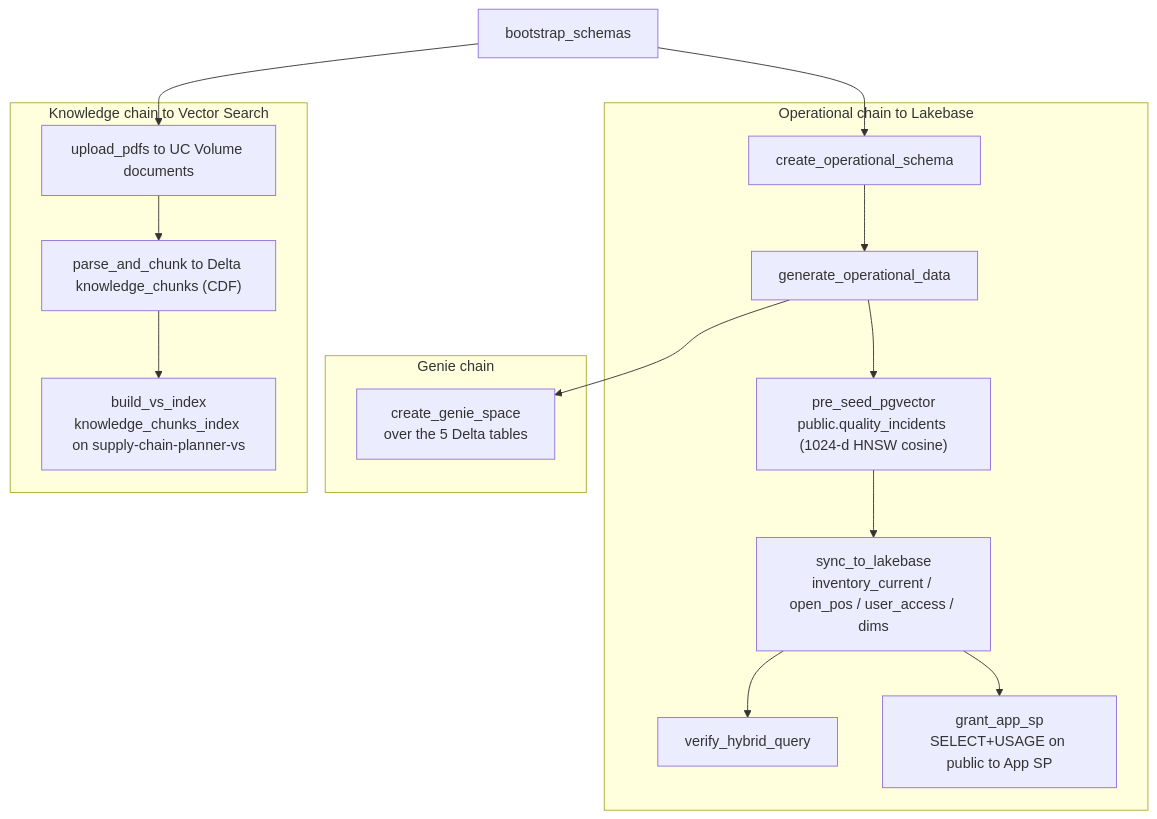
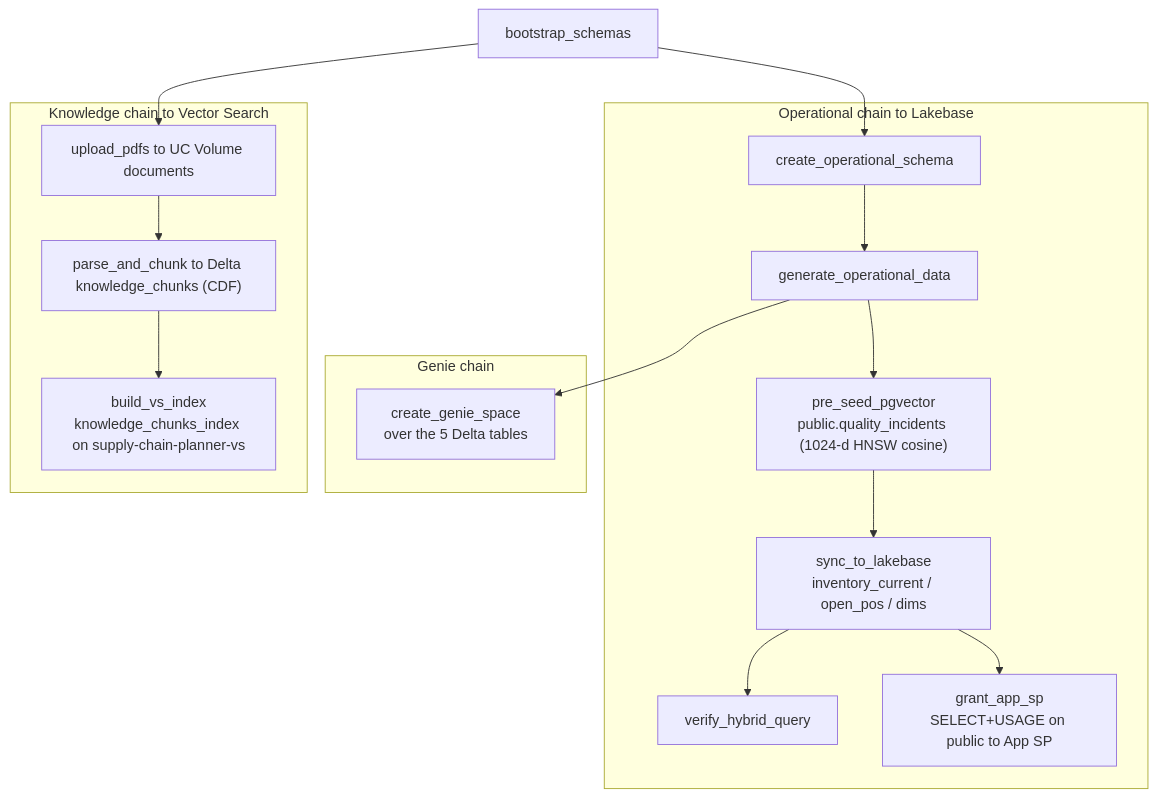
The second of 4 diagrams in docs/architecture.md (databricks-solutions/lakebase-for-ai-developers), drawn with Mermaid before and after one commit. The commit also changed other lines of this file and 26 other files, not shown here.

````diff
--- a/docs/architecture.md
+++ b/docs/architecture.md
@@ -64,30 +64,30 @@
 ```mermaid
 flowchart TB
   boot["bootstrap_schemas"]
 
   subgraph Op["Operational chain to Lakebase"]
     op1["create_operational_schema"]
     op2["generate_operational_data"]
     op3["pre_seed_pgvector<br/>public.quality_incidents (1024-d HNSW cosine)"]
-    op4["sync_to_lakebase<br/>inventory_current / open_pos / user_access / dims"]
+    op4["sync_to_lakebase<br/>inventory_current / open_pos / dims"]
     op5["verify_hybrid_query"]
     op6["grant_app_sp<br/>SELECT+USAGE on public to App SP"]
     op1 --> op2 --> op3 --> op4 --> op5
     op4 --> op6
   end
 
   subgraph Gen["Genie chain"]
     g1["create_genie_space<br/>over the 5 Delta tables"]
   end
 
   subgraph Kn["Knowledge chain to Vector Search"]
     k1["upload_pdfs to UC Volume documents"]
     k2["parse_and_chunk to Delta knowledge_chunks (CDF)"]
     k3["build_vs_index<br/>knowledge_chunks_index on supply-chain-planner-vs"]
     k1 --> k2 --> k3
   end
 
   boot --> op1
   op2 --> g1
   boot --> k1
 ```
````
